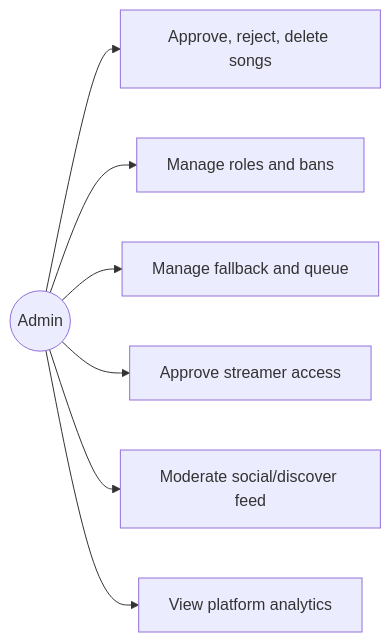
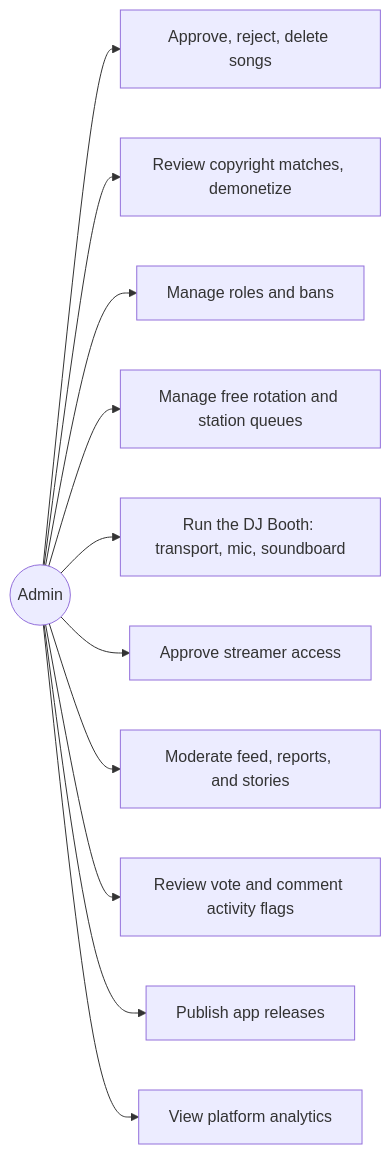
Before and after one commit to Tmaku18/RADIOapp: the sixth of 14 diagrams in docs/UML/uml-diagrams.md, drawn with Mermaid. The commit also changed other lines of this file and 64 other files, not shown here.

````diff
--- a/docs/UML/uml-diagrams.md
+++ b/docs/UML/uml-diagrams.md
@@ -100,9 +122,13 @@
 ```mermaid
 flowchart LR
   Admin((Admin)) --> ModerateSongs[Approve, reject, delete songs]
+  Admin --> Copyright[Review copyright matches, demonetize]
   Admin --> ManageUsers[Manage roles and bans]
-  Admin --> ManageFallback[Manage fallback and queue]
+  Admin --> ManageRotation[Manage free rotation and station queues]
+  Admin --> DjBooth[Run the DJ Booth: transport, mic, soundboard]
   Admin --> ManageStreamers[Approve streamer access]
-  Admin --> ReviewFeed[Moderate social/discover feed]
+  Admin --> ReviewFeed[Moderate feed, reports, and stories]
+  Admin --> ActivityFlags[Review vote and comment activity flags]
+  Admin --> AppReleases[Publish app releases]
   Admin --> PlatformStats[View platform analytics]
 ```
````
